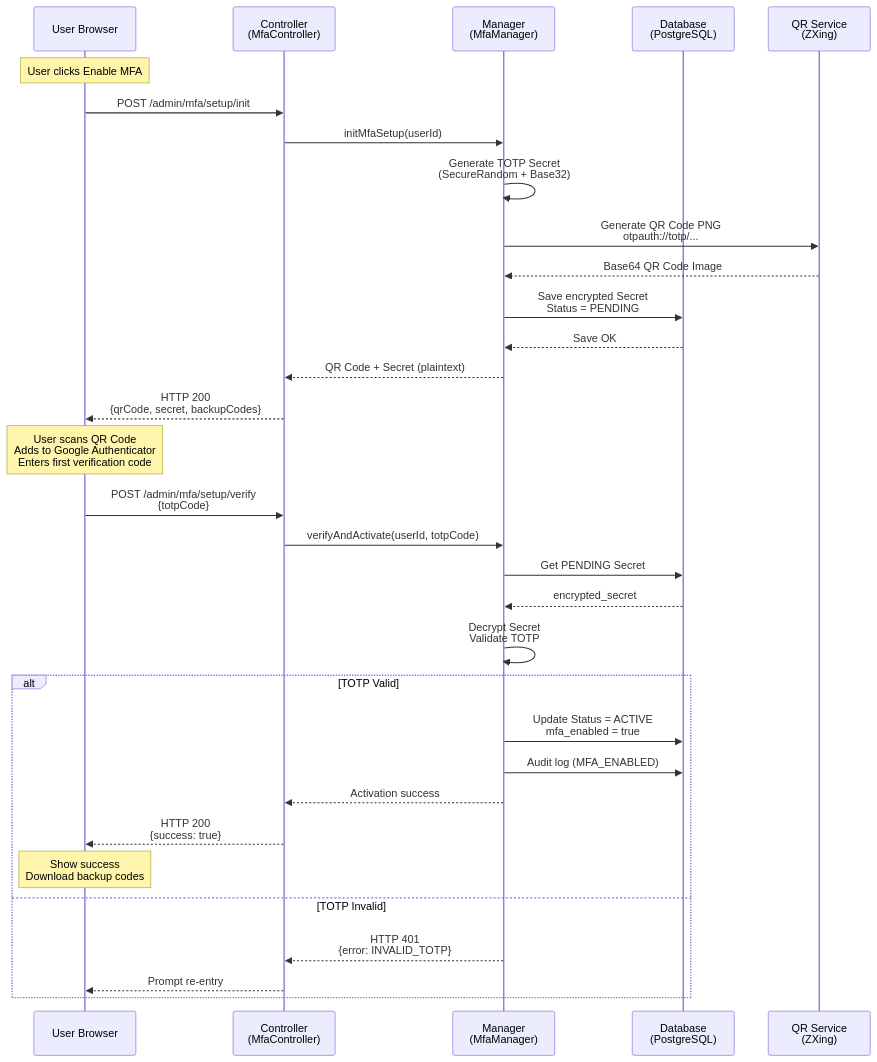
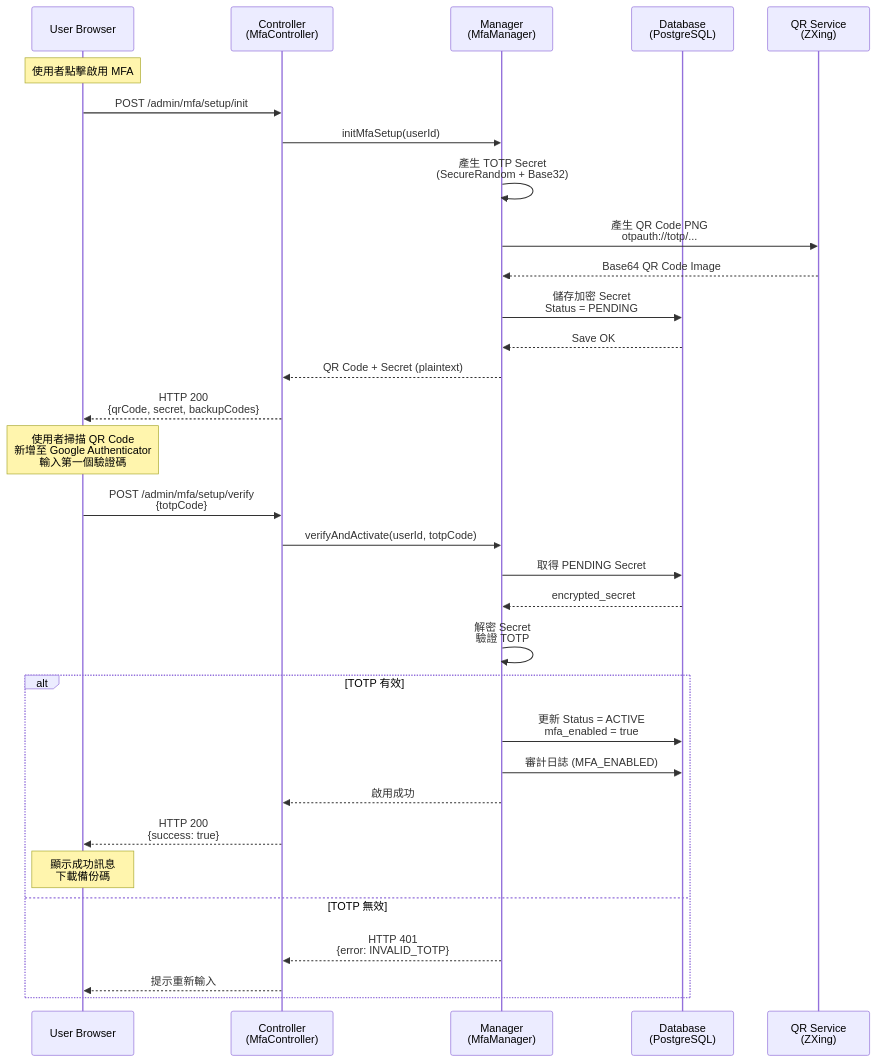
One commit to ron03wlb/smart-admin changed the fourth of 4 diagrams in docs/iGaming/architecture/06_Platform_Core/MFA_Recovery_Implementation.md. Above: the diagram before and after it, drawn with Mermaid. The commit also changed other lines of this file and 4 other files, not shown here.

````diff
--- a/docs/iGaming/architecture/06_Platform_Core/MFA_Recovery_Implementation.md
+++ b/docs/iGaming/architecture/06_Platform_Core/MFA_Recovery_Implementation.md
@@ -297,39 +297,39 @@
 ```mermaid
 sequenceDiagram
     participant U as User Browser
     participant C as Controller<br/>(MfaController)
     participant M as Manager<br/>(MfaManager)
     participant D as Database<br/>(PostgreSQL)
     participant Q as QR Service<br/>(ZXing)
 
-    Note over U: User clicks Enable MFA
+    Note over U: 使用者點擊啟用 MFA
     U->>C: POST /admin/mfa/setup/init
     C->>M: initMfaSetup(userId)
-    M->>M: Generate TOTP Secret<br/>(SecureRandom + Base32)
-    M->>Q: Generate QR Code PNG<br/>otpauth://totp/...
+    M->>M: 產生 TOTP Secret<br/>(SecureRandom + Base32)
+    M->>Q: 產生 QR Code PNG<br/>otpauth://totp/...
     Q-->>M: Base64 QR Code Image
-    M->>D: Save encrypted Secret<br/>Status = PENDING
+    M->>D: 儲存加密 Secret<br/>Status = PENDING
     D-->>M: Save OK
     M-->>C: QR Code + Secret (plaintext)
     C-->>U: HTTP 200<br/>{qrCode, secret, backupCodes}
 
-    Note over U: User scans QR Code<br/>Adds to Google Authenticator<br/>Enters first verification code
+    Note over U: 使用者掃描 QR Code<br/>新增至 Google Authenticator<br/>輸入第一個驗證碼
 
     U->>C: POST /admin/mfa/setup/verify<br/>{totpCode}
     C->>M: verifyAndActivate(userId, totpCode)
-    M->>D: Get PENDING Secret
+    M->>D: 取得 PENDING Secret
     D-->>M: encrypted_secret
-    M->>M: Decrypt Secret<br/>Validate TOTP
+    M->>M: 解密 Secret<br/>驗證 TOTP
 
-    alt TOTP Valid
-        M->>D: Update Status = ACTIVE<br/>mfa_enabled = true
-        M->>D: Audit log (MFA_ENABLED)
-        M-->>C: Activation success
+    alt TOTP 有效
+        M->>D: 更新 Status = ACTIVE<br/>mfa_enabled = true
+        M->>D: 審計日誌 (MFA_ENABLED)
+        M-->>C: 啟用成功
         C-->>U: HTTP 200<br/>{success: true}
 
-        Note over U: Show success<br/>Download backup codes
-    else TOTP Invalid
+        Note over U: 顯示成功訊息<br/>下載備份碼
+    else TOTP 無效
         M-->>C: HTTP 401<br/>{error: INVALID_TOTP}
-        C-->>U: Prompt re-entry
+        C-->>U: 提示重新輸入
     end
 ```
````
